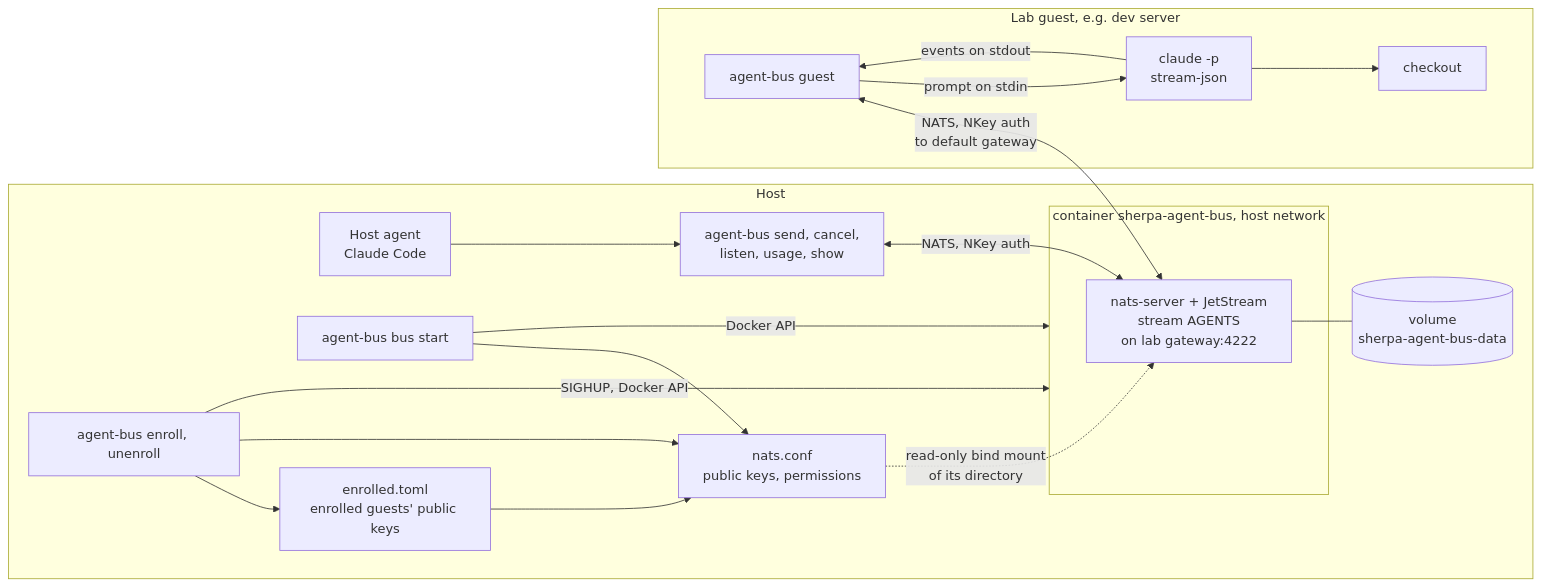
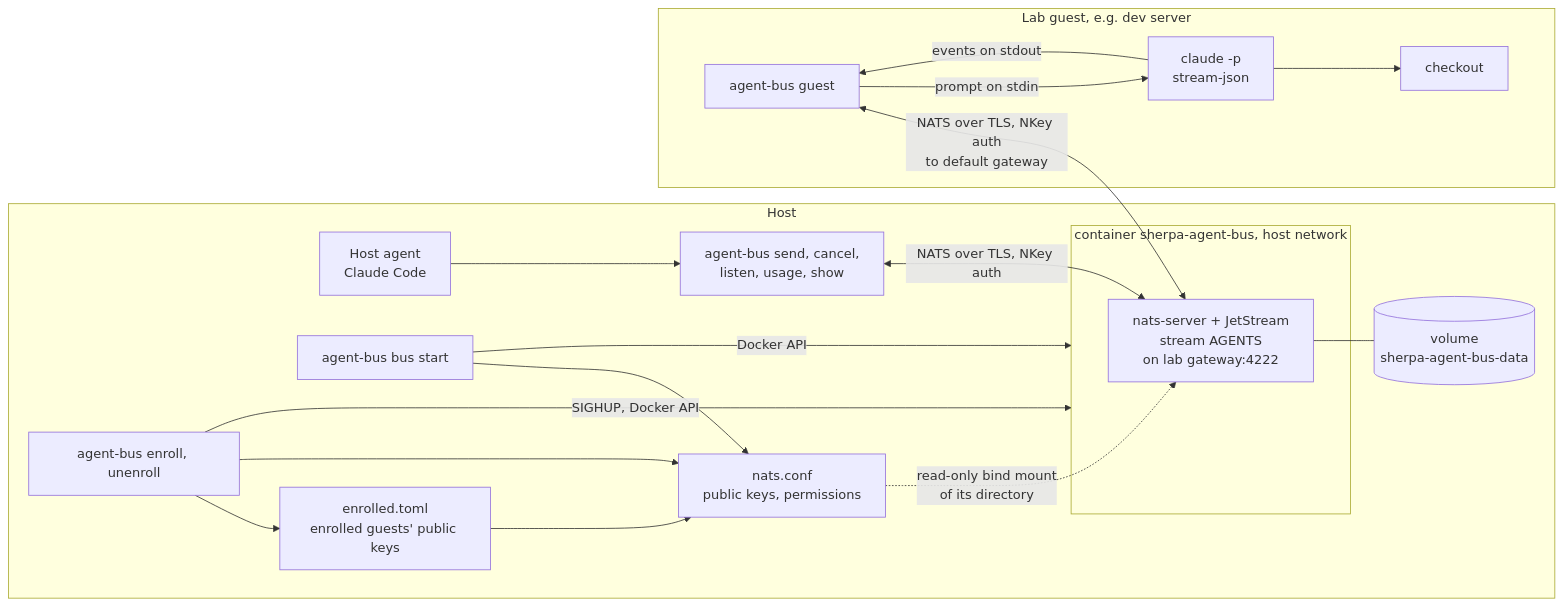
Before and after one commit to bwks/sherpa: the first of 8 diagrams in docs/architecture/AGENT_BUS.md, drawn with Mermaid. The commit also changed other lines of this file and 15 other files, not shown here.

````diff
--- a/docs/architecture/AGENT_BUS.md
+++ b/docs/architecture/AGENT_BUS.md
@@ -44,34 +46,34 @@
 ```mermaid
 flowchart LR
     subgraph host["Host"]
         hostagent["Host agent<br/>Claude Code"]
         cmds["agent-bus send, cancel,<br/>listen, usage, show"]
         start["agent-bus bus start"]
         enroll["agent-bus enroll, unenroll"]
         registry["enrolled.toml<br/>enrolled guests' public keys"]
         conf["nats.conf<br/>public keys, permissions"]
         subgraph ctr["container sherpa-agent-bus, host network"]
             nats["nats-server + JetStream<br/>stream AGENTS<br/>on lab gateway:4222"]
         end
         vol[("volume<br/>sherpa-agent-bus-data")]
     end
     subgraph guest["Lab guest, e.g. dev server"]
         gagent["agent-bus guest"]
         claude["claude -p<br/>stream-json"]
         checkout["checkout"]
     end
     hostagent --> cmds
-    cmds <-->|"NATS, NKey auth"| nats
+    cmds <-->|"NATS over TLS, NKey auth"| nats
     start -->|"Docker API"| ctr
     start --> conf
     enroll --> registry
     registry --> conf
     enroll --> conf
     enroll -->|"SIGHUP, Docker API"| ctr
     conf -.->|"read-only bind mount<br/>of its directory"| nats
     nats --- vol
-    gagent <-->|"NATS, NKey auth<br/>to default gateway"| nats
+    gagent <-->|"NATS over TLS, NKey auth<br/>to default gateway"| nats
     gagent -->|"prompt on stdin"| claude
     claude -->|"events on stdout"| gagent
     claude --> checkout
 ```
````
